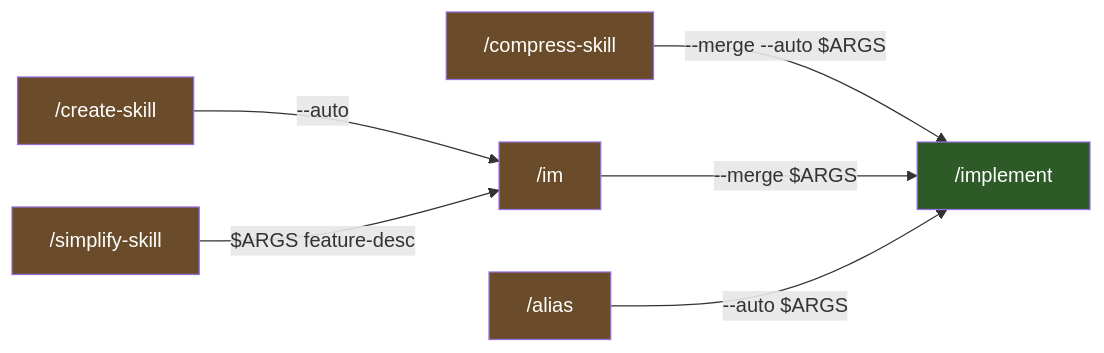
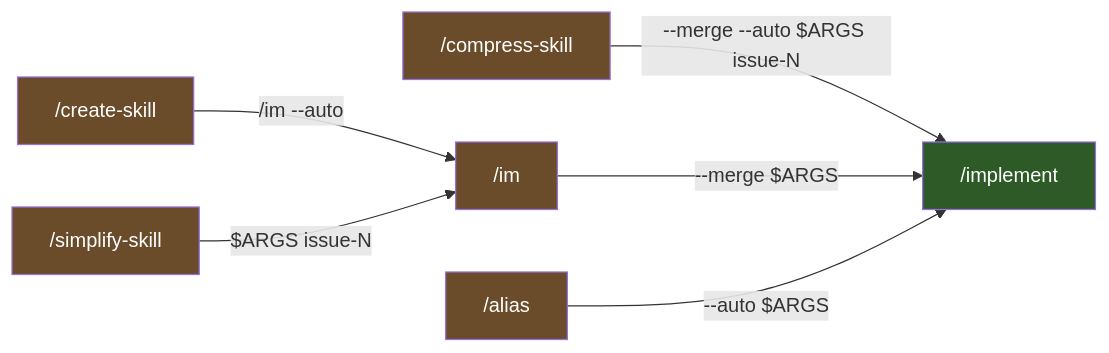
One commit to character-ai/larch changed the second of 3 diagrams in docs/workflow-lifecycle.md. Above: the diagram before and after it, drawn with Mermaid. The commit also changed other lines of this file and 9 other files, not shown here.

````diff
--- a/docs/workflow-lifecycle.md
+++ b/docs/workflow-lifecycle.md
@@ -42,15 +42,15 @@
 ```mermaid
 graph LR
-    CREATE["/create-skill"] -->|--auto| IM
-    SIMPLIFY["/simplify-skill"] -->|"$ARGS feature-desc"| IM
-    COMPRESS["/compress-skill"] -->|--merge --auto $ARGS| IMPLEMENT["/implement"]
-    IM["/im"] -->|--merge $ARGS| IMPLEMENT
-    ALIAS["/alias"] -->|--auto $ARGS| IMPLEMENT
+    CREATE["/create-skill"] -->|"/im --auto"| IM
+    SIMPLIFY["/simplify-skill"] -->|"$ARGS issue-N"| IM
+    COMPRESS["/compress-skill"] -->|"--merge --auto $ARGS issue-N"| IMPLEMENT["/implement"]
+    IM["/im"] -->|"--merge $ARGS"| IMPLEMENT
+    ALIAS["/alias"] -->|"--auto $ARGS"| IMPLEMENT
 
     style CREATE fill:#6b4c2a,color:#fff
     style SIMPLIFY fill:#6b4c2a,color:#fff
     style COMPRESS fill:#6b4c2a,color:#fff
     style IM fill:#6b4c2a,color:#fff
     style ALIAS fill:#6b4c2a,color:#fff
     style IMPLEMENT fill:#2d5a27,color:#fff
 ```
````
